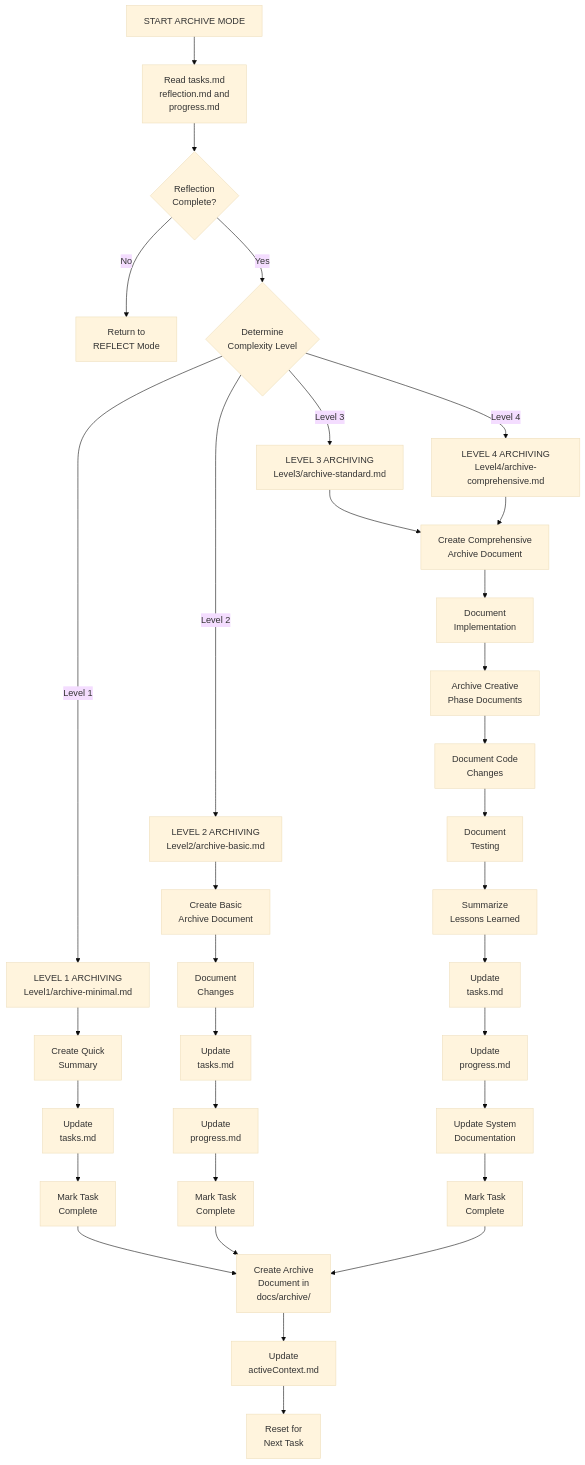
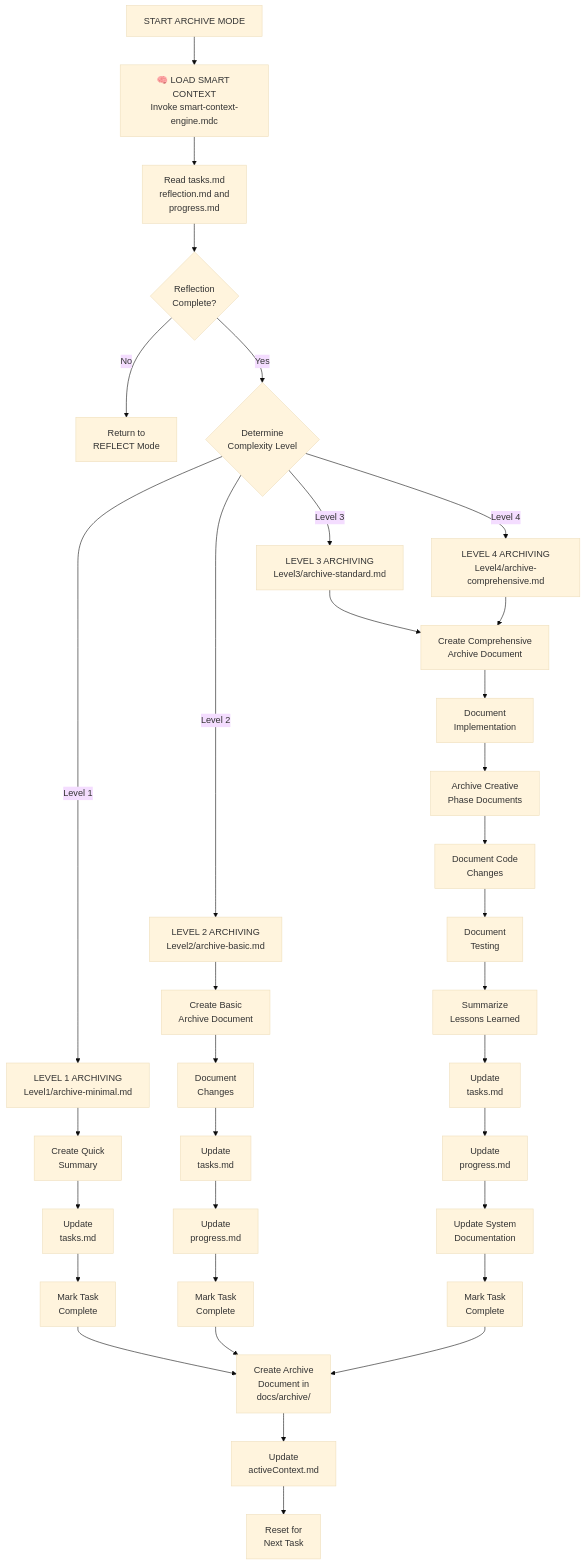
Before and after one commit to joshmac007/fbo-launchpad-backend: the first of 5 diagrams in .cursor/rules/isolation_rules/visual-maps/archive-mode-map.mdc, drawn with Mermaid (base theme). The commit also changed other lines of this file and 986 other files, not shown here.

````diff
--- a/.cursor/rules/isolation_rules/visual-maps/archive-mode-map.mdc
+++ b/.cursor/rules/isolation_rules/visual-maps/archive-mode-map.mdc
@@ -13,44 +12,45 @@
 ```mermaid
 graph TD
-    Start["START ARCHIVE MODE"] --> ReadTasks["Read tasks.md<br>reflection.md and<br>progress.md"]
+    Start["START ARCHIVE MODE"] --> SmartContextLoad["🧠 LOAD SMART CONTEXT<br>Invoke smart-context-engine.mdc"]
+    SmartContextLoad --> ReadTasks["Read tasks.md<br>reflection.md and<br>progress.md"]
     
     %% Initial Assessment
     ReadTasks --> VerifyReflect{"Reflection<br>Complete?"}
     VerifyReflect -->|"No"| ReturnReflect["Return to<br>REFLECT Mode"]
     VerifyReflect -->|"Yes"| AssessLevel{"Determine<br>Complexity Level"}
     
     %% Level-Based Archiving
     AssessLevel -->|"Level 1"| L1Archive["LEVEL 1 ARCHIVING<br>Level1/archive-minimal.md"]
     AssessLevel -->|"Level 2"| L2Archive["LEVEL 2 ARCHIVING<br>Level2/archive-basic.md"]
     AssessLevel -->|"Level 3"| L3Archive["LEVEL 3 ARCHIVING<br>Level3/archive-standard.md"]
     AssessLevel -->|"Level 4"| L4Archive["LEVEL 4 ARCHIVING<br>Level4/archive-comprehensive.md"]
     
     %% Level 1 Archiving (Minimal)
     L1Archive --> L1Summary["Create Quick<br>Summary"]
     L1Summary --> L1Task["Update<br>tasks.md"]
     L1Task --> L1Complete["Mark Task<br>Complete"]
     
     %% Level 2 Archiving (Basic)
     L2Archive --> L2Summary["Create Basic<br>Archive Document"]
     L2Summary --> L2Doc["Document<br>Changes"]
     L2Doc --> L2Task["Update<br>tasks.md"]
     L2Task --> L2Progress["Update<br>progress.md"]
     L2Progress --> L2Complete["Mark Task<br>Complete"]
     
     %% Level 3-4 Archiving (Comprehensive)
     L3Archive & L4Archive --> L34Summary["Create Comprehensive<br>Archive Document"]
     L34Summary --> L34Doc["Document<br>Implementation"]
     L34Doc --> L34Creative["Archive Creative<br>Phase Documents"]
     L34Creative --> L34Code["Document Code<br>Changes"]
     L34Code --> L34Test["Document<br>Testing"]
     L34Test --> L34Lessons["Summarize<br>Lessons Learned"]
     L34Lessons --> L34Task["Update<br>tasks.md"]
     L34Task --> L34Progress["Update<br>progress.md"]
     L34Progress --> L34System["Update System<br>Documentation"]
     L34System --> L34Complete["Mark Task<br>Complete"]
     
     %% Completion
     L1Complete & L2Complete & L34Complete --> CreateArchive["Create Archive<br>Document in<br>docs/archive/"]
     CreateArchive --> UpdateActive["Update<br>activeContext.md"]
     UpdateActive --> Reset["Reset for<br>Next Task"]
 ```
````
